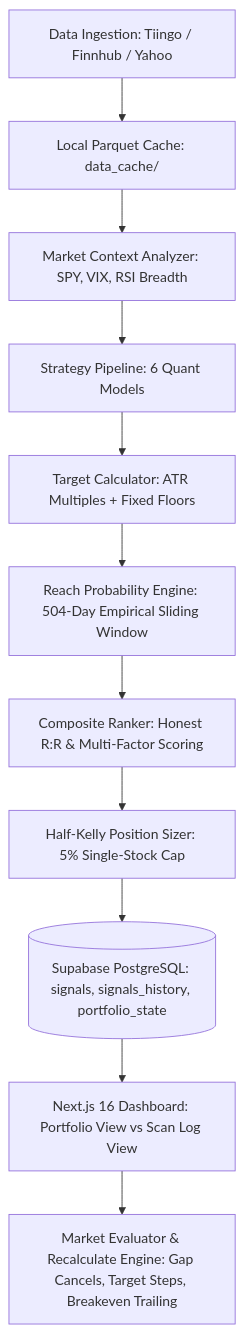
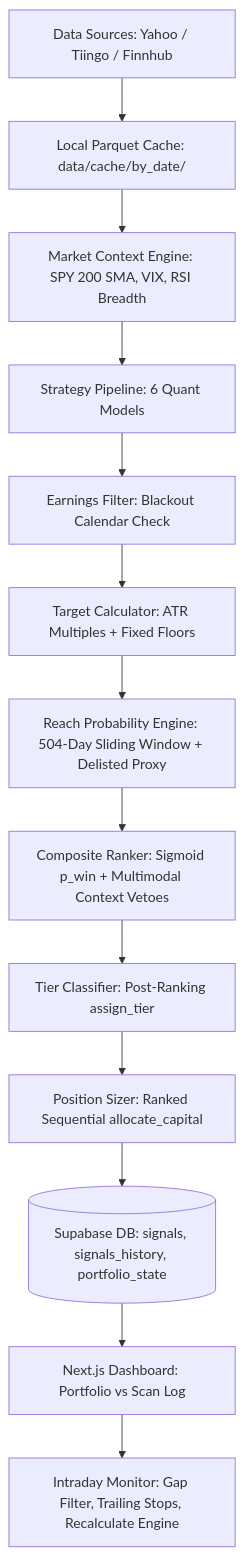
The diagram in LLM_SYSTEM_ARCHITECTURE_AND_QUANT_SPECIFICATION.md (vishalrana/stock-recommendation-engine), drawn with Mermaid before and after one commit. The commit also changed other lines of this file, not shown here.

Commit message:
docs: comprehensive master LLM specification for v2.3+ architecture, math, sizing and data pipelines

````diff
--- a/LLM_SYSTEM_ARCHITECTURE_AND_QUANT_SPECIFICATION.md
+++ b/LLM_SYSTEM_ARCHITECTURE_AND_QUANT_SPECIFICATION.md
@@ -88,13 +129,15 @@
 ```mermaid
 graph TD
-    A[Data Ingestion: Tiingo / Finnhub / Yahoo] --> B[Local Parquet Cache: data_cache/]
-    B --> C[Market Context Analyzer: SPY, VIX, RSI Breadth]
+    A[Data Sources: Yahoo / Tiingo / Finnhub] --> B[Local Parquet Cache: data/cache/by_date/]
+    B --> C[Market Context Engine: SPY 200 SMA, VIX, RSI Breadth]
     C --> D[Strategy Pipeline: 6 Quant Models]
-    D --> E[Target Calculator: ATR Multiples + Fixed Floors]
-    E --> F[Reach Probability Engine: 504-Day Empirical Sliding Window]
-    F --> G[Composite Ranker: Honest R:R & Multi-Factor Scoring]
-    G --> H[Half-Kelly Position Sizer: 5% Single-Stock Cap]
-    H --> I[(Supabase PostgreSQL: signals, signals_history, portfolio_state)]
-    I --> J[Next.js 16 Dashboard: Portfolio View vs Scan Log View]
-    J --> K[Market Evaluator & Recalculate Engine: Gap Cancels, Target Steps, Breakeven Trailing]
+    D --> E[Earnings Filter: Blackout Calendar Check]
+    E --> F[Target Calculator: ATR Multiples + Fixed Floors]
+    F --> G[Reach Probability Engine: 504-Day Sliding Window + Delisted Proxy]
+    G --> H[Composite Ranker: Sigmoid p_win + Multimodal Context Vetoes]
+    H --> I[Tier Classifier: Post-Ranking assign_tier]
+    I --> J[Position Sizer: Ranked Sequential allocate_capital]
+    J --> K[(Supabase DB: signals, signals_history, portfolio_state)]
+    K --> L[Next.js Dashboard: Portfolio vs Scan Log]
+    L --> M[Intraday Monitor: Gap Filter, Trailing Stops, Recalculate Engine]
 ```
````
